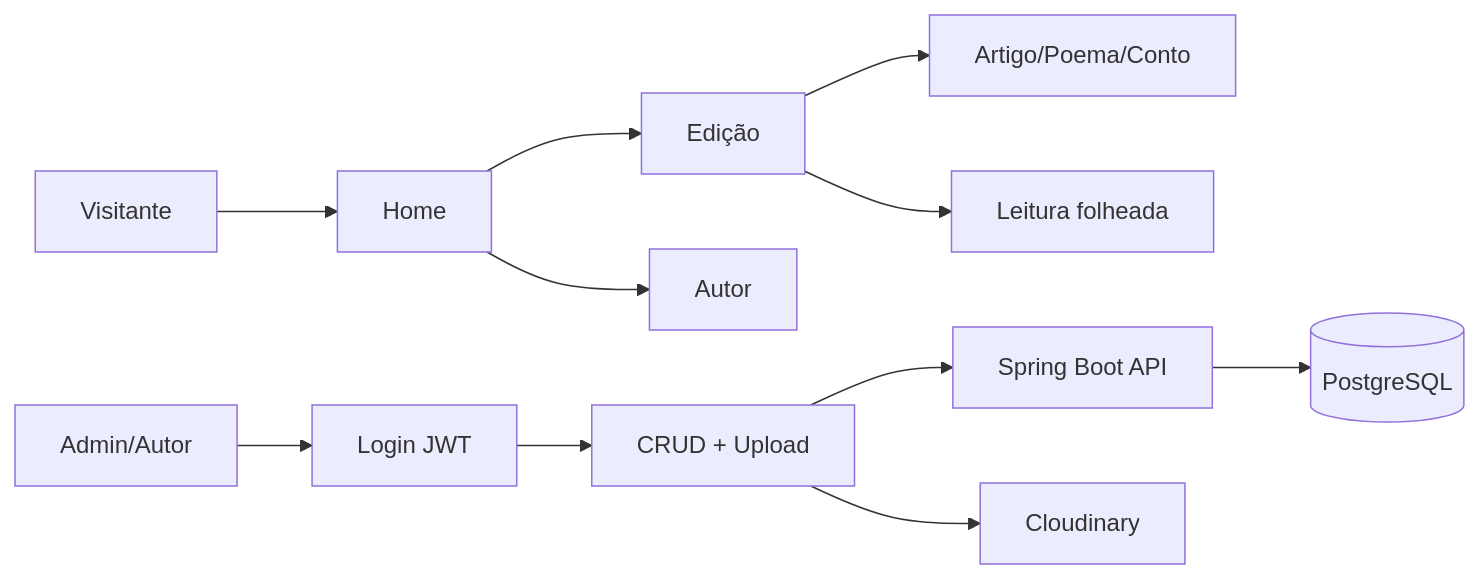
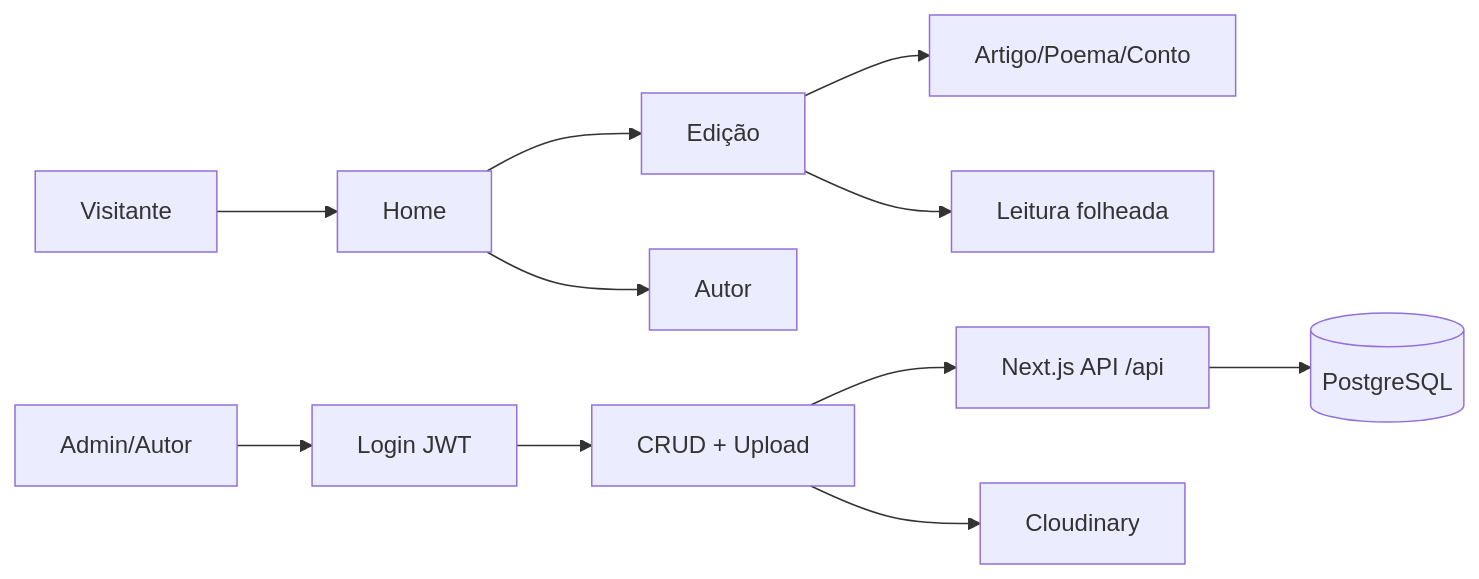
One commit to Delmiro/portal-prosa-poesia changed the diagram in docs/WIREFRAMES.md. Above: the diagram before and after it, drawn with Mermaid. The commit also changed 120 other files, not shown here.

````diff
--- a/docs/WIREFRAMES.md
+++ b/docs/WIREFRAMES.md
@@ -130,13 +130,13 @@
 ```mermaid
 flowchart LR
   Visitor[Visitante] --> Home
   Home --> Issue[Edição]
   Home --> Author[Autor]
   Issue --> Content[Artigo/Poema/Conto]
   Issue --> Flip[Leitura folheada]
   Admin[Admin/Autor] --> Login[Login JWT]
   Login --> CRUD[CRUD + Upload]
-  CRUD --> API[Spring Boot API]
+  CRUD --> API[Next.js API /api]
   API --> DB[(PostgreSQL)]
   CRUD --> CDN[Cloudinary]
 ```
````
